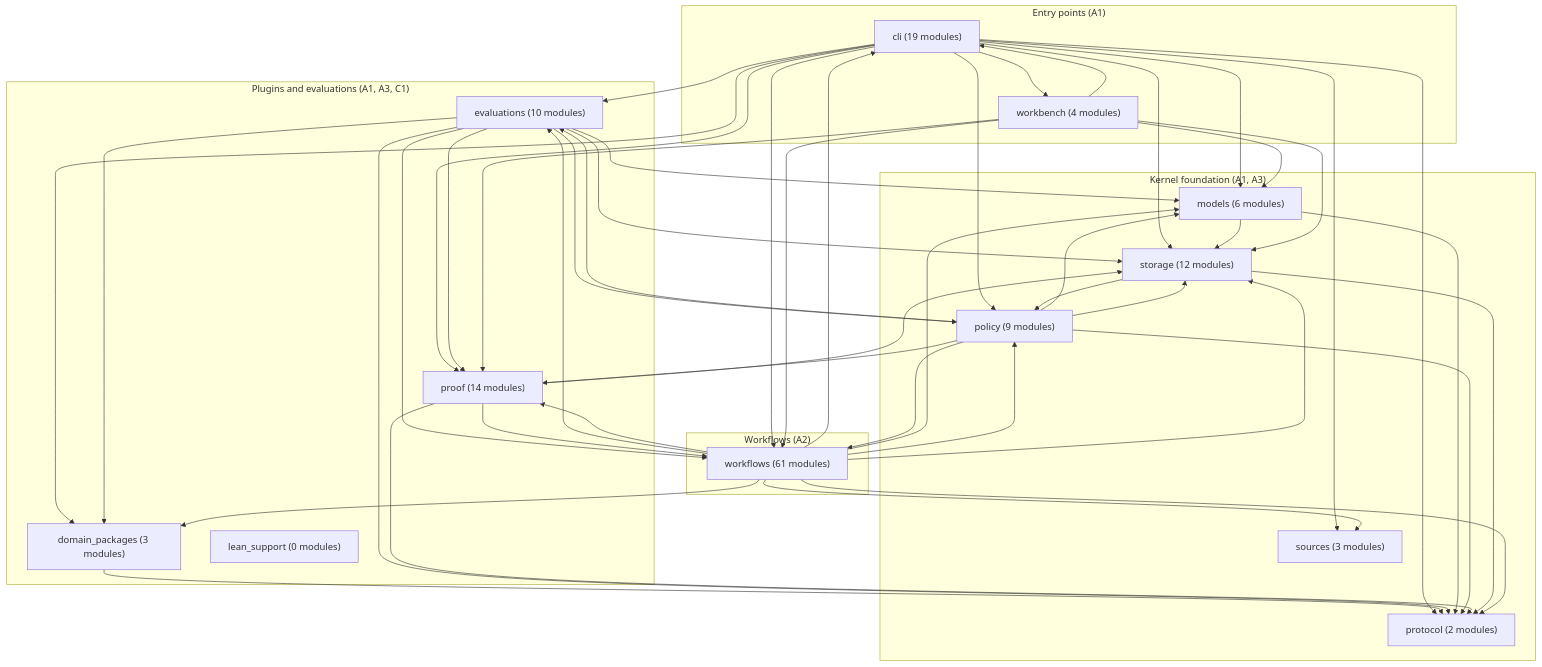
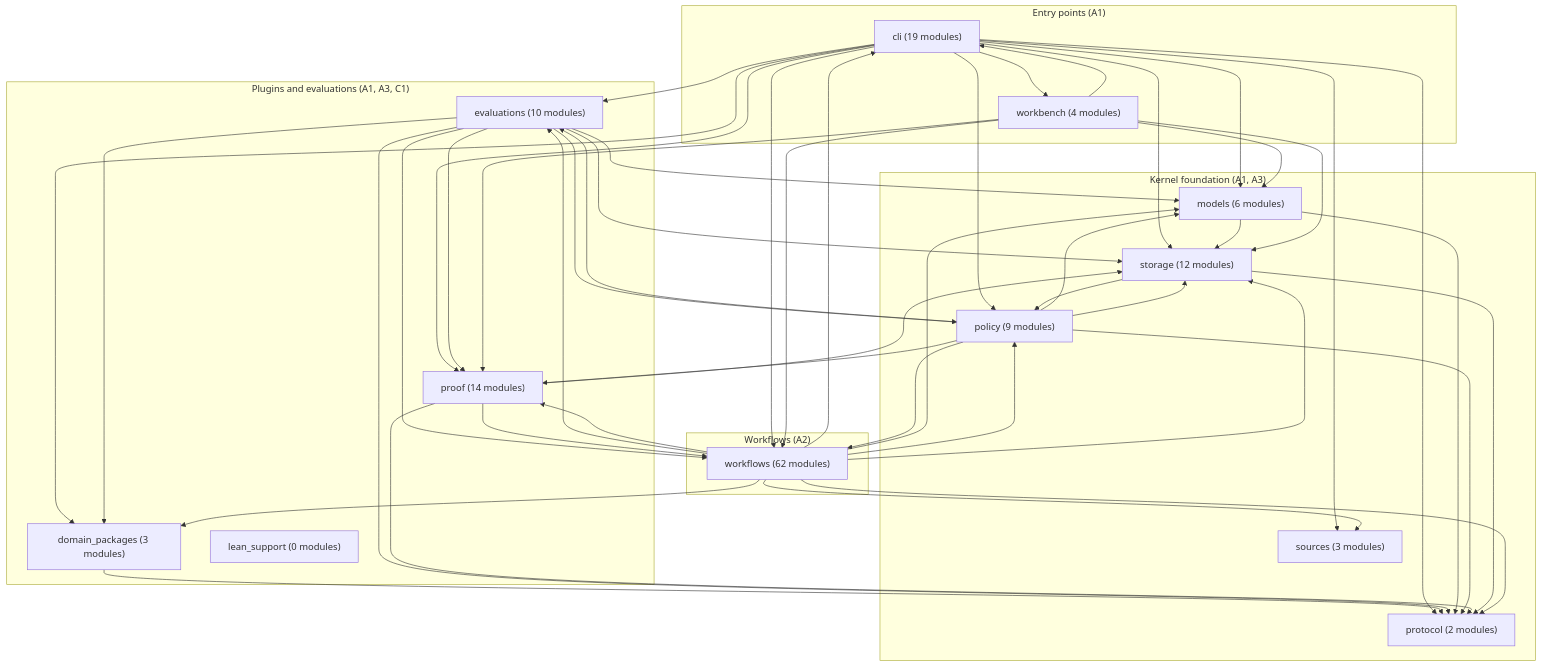
The diagram in docs/architecture-map.md (SAFuDarren/Trellin), drawn with Mermaid before and after one commit. The commit also changed other lines of this file and 11 other files, not shown here.

````diff
--- a/docs/architecture-map.md
+++ b/docs/architecture-map.md
@@ -14,68 +14,68 @@
 ```mermaid
 flowchart TD
     subgraph layer_entry["Entry points (A1)"]
         cli["cli (19 modules)"]
         workbench["workbench (4 modules)"]
     end
     subgraph layer_workflows["Workflows (A2)"]
-        workflows["workflows (61 modules)"]
+        workflows["workflows (62 modules)"]
     end
     subgraph layer_kernel["Kernel foundation (A1, A3)"]
         models["models (6 modules)"]
         policy["policy (9 modules)"]
         protocol["protocol (2 modules)"]
         sources["sources (3 modules)"]
         storage["storage (12 modules)"]
     end
     subgraph layer_plugin["Plugins and evaluations (A1, A3, C1)"]
         domain_packages["domain_packages (3 modules)"]
         evaluations["evaluations (10 modules)"]
         lean_support["lean_support (0 modules)"]
         proof["proof (14 modules)"]
     end
     cli --> domain_packages
     cli --> evaluations
     cli --> models
     cli --> policy
     cli --> proof
     cli --> protocol
     cli --> sources
     cli --> storage
     cli --> workbench
     cli --> workflows
     domain_packages --> protocol
     evaluations --> domain_packages
     evaluations --> models
     evaluations --> policy
     evaluations --> proof
     evaluations --> protocol
     evaluations --> storage
     evaluations --> workflows
     models --> protocol
     models --> storage
     policy --> evaluations
     policy --> models
     policy --> proof
     policy --> protocol
     policy --> storage
     policy --> workflows
     proof --> protocol
     proof --> storage
     proof --> workflows
     storage --> policy
     storage --> protocol
     workbench --> cli
     workbench --> models
     workbench --> proof
     workbench --> storage
     workbench --> workflows
     workflows --> cli
     workflows --> domain_packages
     workflows --> evaluations
     workflows --> models
     workflows --> policy
     workflows --> proof
     workflows --> protocol
     workflows --> sources
     workflows --> storage
 ```
````
